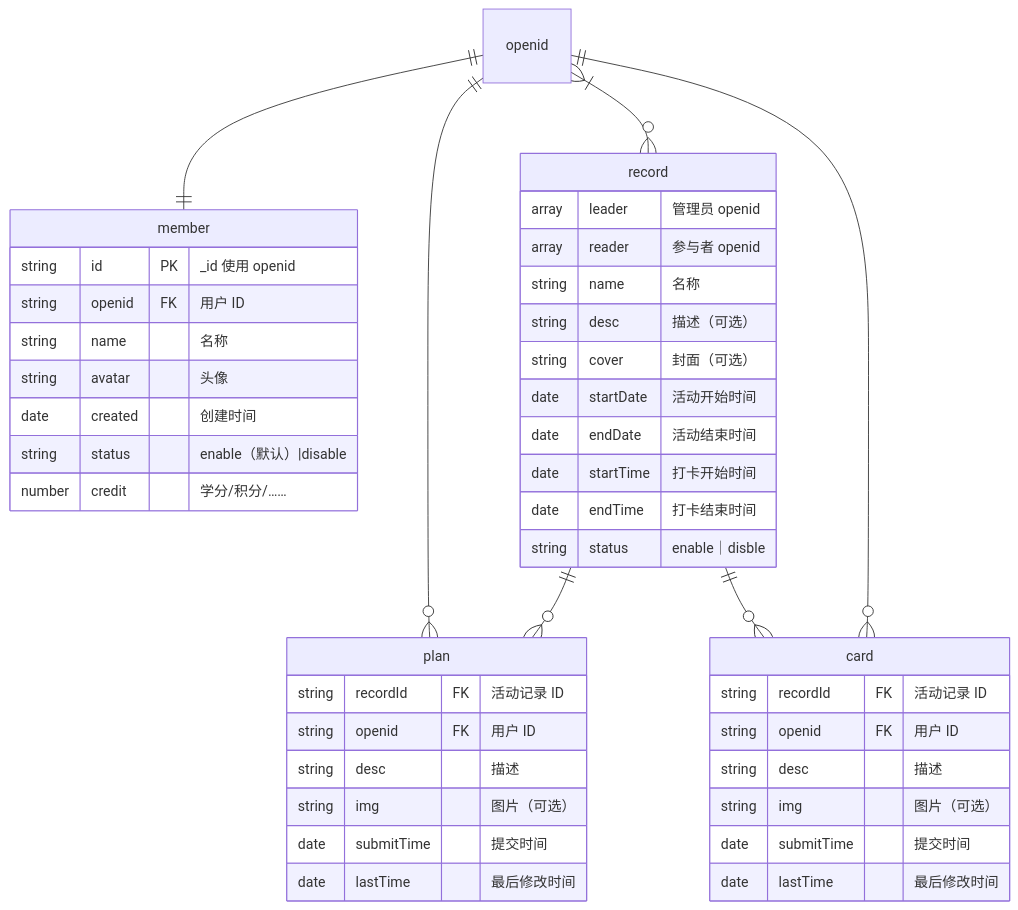
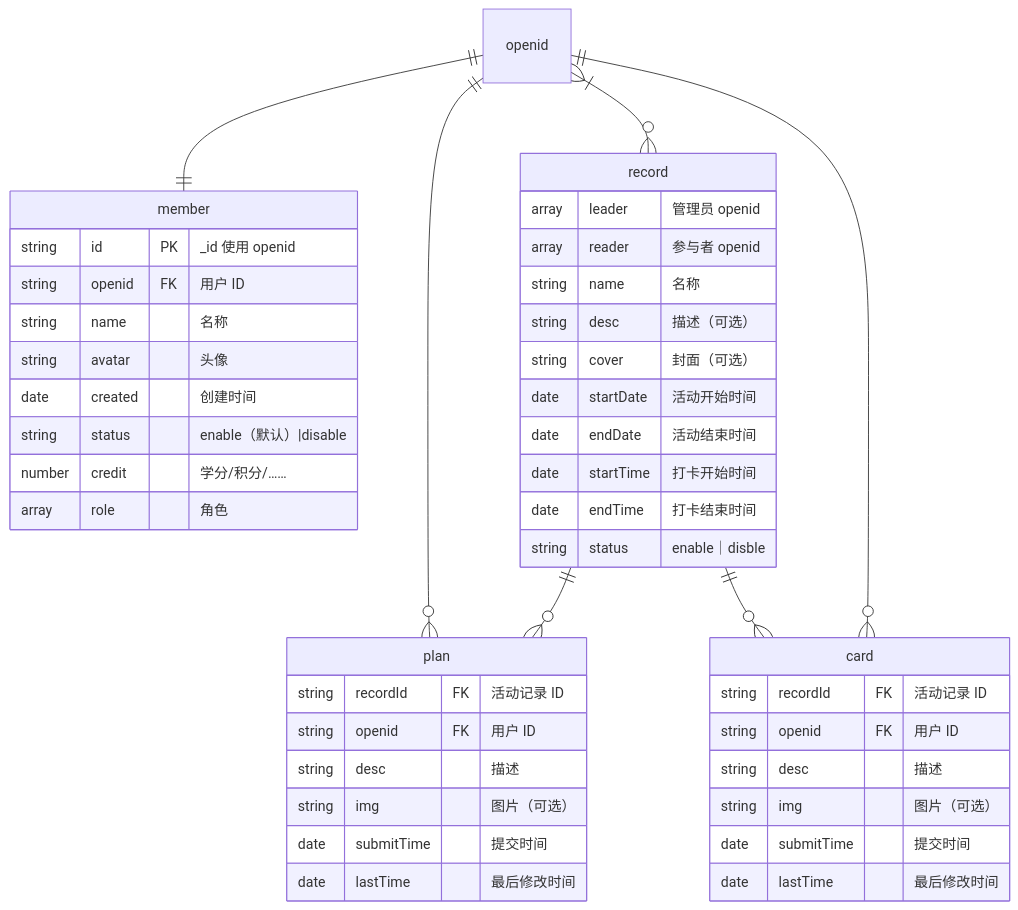
The diagram in doc/开发文档.md (liang-n/juan-card), drawn with Mermaid before and after one commit.

Commit message:
member用户信息表增加role角色字段

````diff
--- a/doc/开发文档.md
+++ b/doc/开发文档.md
@@ -24,47 +24,48 @@
 ```mermaid
 erDiagram
   openid ||--|| member : ""
   openid }|--o{ record : ""
   openid ||--o{ plan : ""
   record ||--o{ plan : ""
   record ||--o{ card : ""
   openid ||--o{ card : ""
 
   member {
     string id PK "_id 使用 openid"
     string openid FK "用户 ID"
     string name "名称"
     string avatar "头像"
     date created "创建时间"
     string status "enable（默认）|disable"
     number credit "学分/积分/……"
+    array role "角色"
   }
   record {
     array leader "管理员 openid"
     array reader "参与者 openid"
     string name "名称"
     string desc "描述（可选）"
     string cover "封面（可选）"
     date startDate "活动开始时间"
     date endDate "活动结束时间"
     date startTime "打卡开始时间"
     date endTime "打卡结束时间"
     string status "enable｜disble"
- }
+  }
   plan {
     string recordId FK "活动记录 ID"
     string openid FK "用户 ID"
     string desc "描述"
     string img "图片（可选）"
     date submitTime "提交时间"
     date lastTime "最后修改时间"
   }
   card {
     string recordId FK "活动记录 ID"
     string openid FK "用户 ID"
     string desc "描述"
     string img "图片（可选）"
     date submitTime "提交时间"
     date lastTime "最后修改时间"
   }
 ```
````
